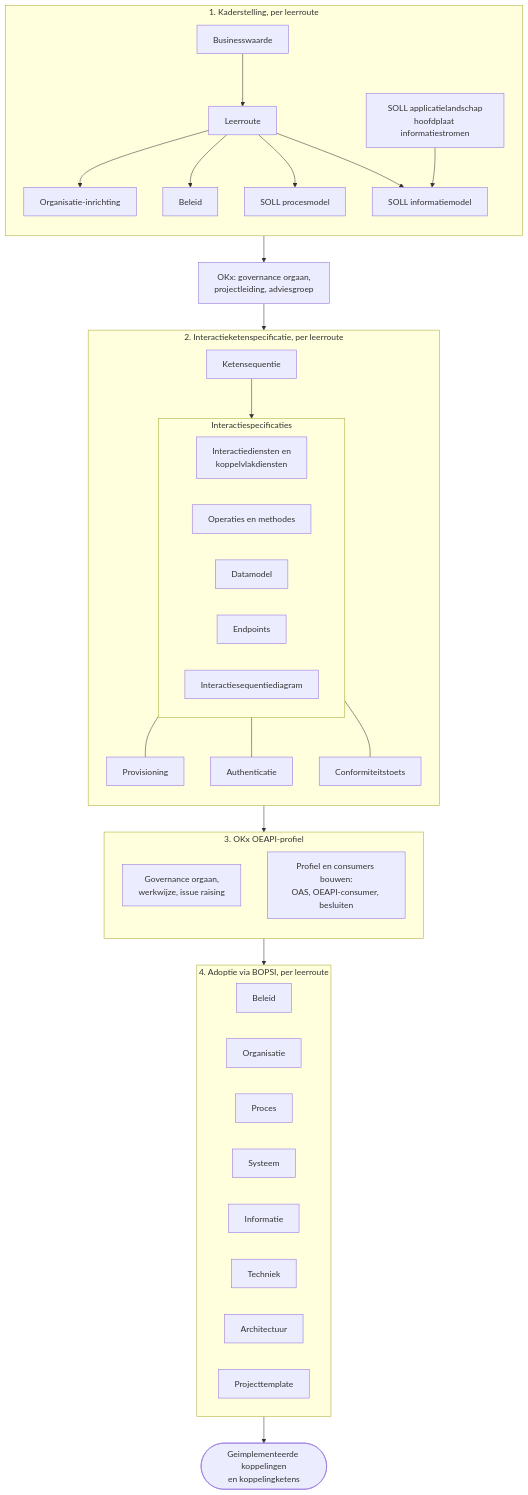
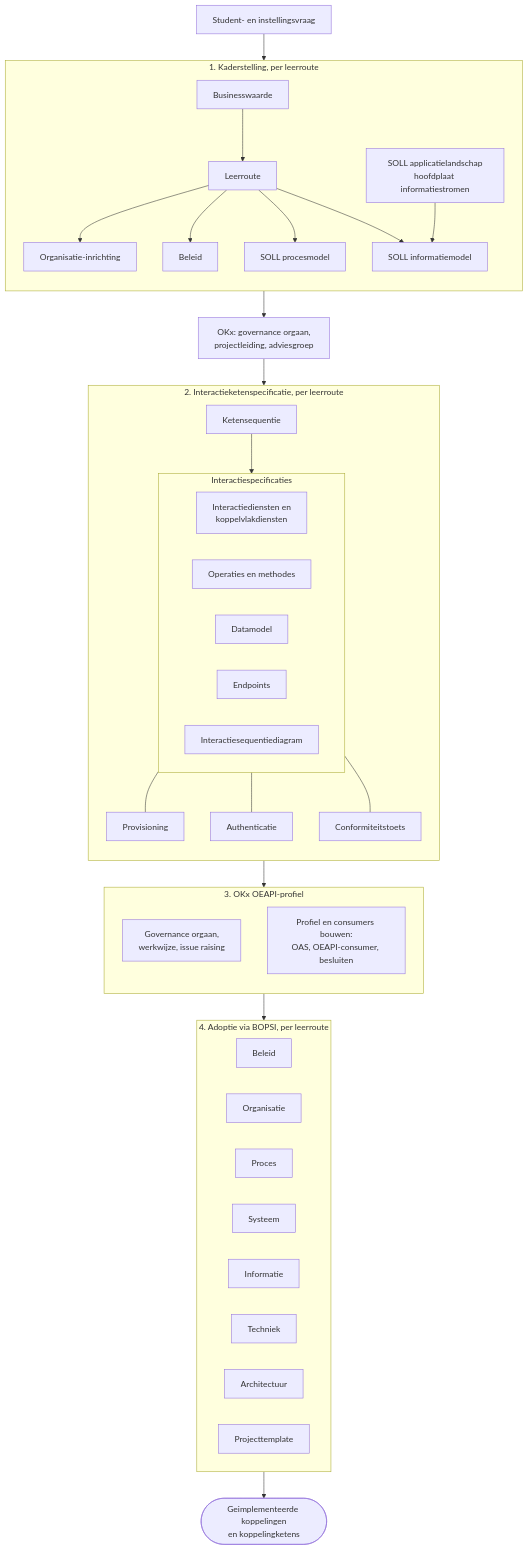
Before and after one commit to Npuls-OKx/meta: the fourth of 5 diagrams in doc/leesroute-okx.md, drawn with Mermaid. The commit also changed other lines of this file and 1 other file, not shown here.

````diff
--- a/doc/leesroute-okx.md
+++ b/doc/leesroute-okx.md
@@ -118,48 +140,49 @@
 ```mermaid
 flowchart TB
+  V["Student- en instellingsvraag"] --> K
   subgraph K["1. Kaderstelling, per leerroute"]
     direction TB
     BV["Businesswaarde"] --> LR["Leerroute"]
     LR --> OI["Organisatie-inrichting"]
     LR --> BE["Beleid"]
     LR --> PM["SOLL procesmodel"]
     LR --> IM["SOLL informatiemodel"]
     AL["SOLL applicatielandschap<br/>hoofdplaat informatiestromen"] --> IM
   end
   K --> G["OKx: governance orgaan,<br/>projectleiding, adviesgroep"]
   G --> S
   subgraph S["2. Interactieketenspecificatie, per leerroute"]
     direction TB
     KS["Ketensequentie"] --> IS
     subgraph IS["Interactiespecificaties"]
       direction LR
       D1["Interactiediensten en<br/>koppelvlakdiensten"]
       D2["Operaties en methodes"]
       D3["Datamodel"]
       D4["Endpoints"]
       D5["Interactiesequentiediagram"]
     end
     IS --- PR["Provisioning"]
     IS --- AU["Authenticatie"]
     IS --- CT["Conformiteitstoets"]
   end
   S --> P
   subgraph P["3. OKx OEAPI-profiel"]
     direction TB
     GW["Governance orgaan,<br/>werkwijze, issue raising"]
     BP["Profiel en consumers bouwen:<br/>OAS, OEAPI-consumer, besluiten"]
   end
   P --> A
   subgraph A["4. Adoptie via BOPSI, per leerroute"]
     direction LR
     A1["Beleid"]
     A2["Organisatie"]
     A3["Proces"]
     A4["Systeem"]
     A5["Informatie"]
     A6["Techniek"]
     A7["Architectuur"]
     A8["Projecttemplate"]
   end
   A --> E(["Geimplementeerde koppelingen<br/>en koppelingketens"])
 ```
````
